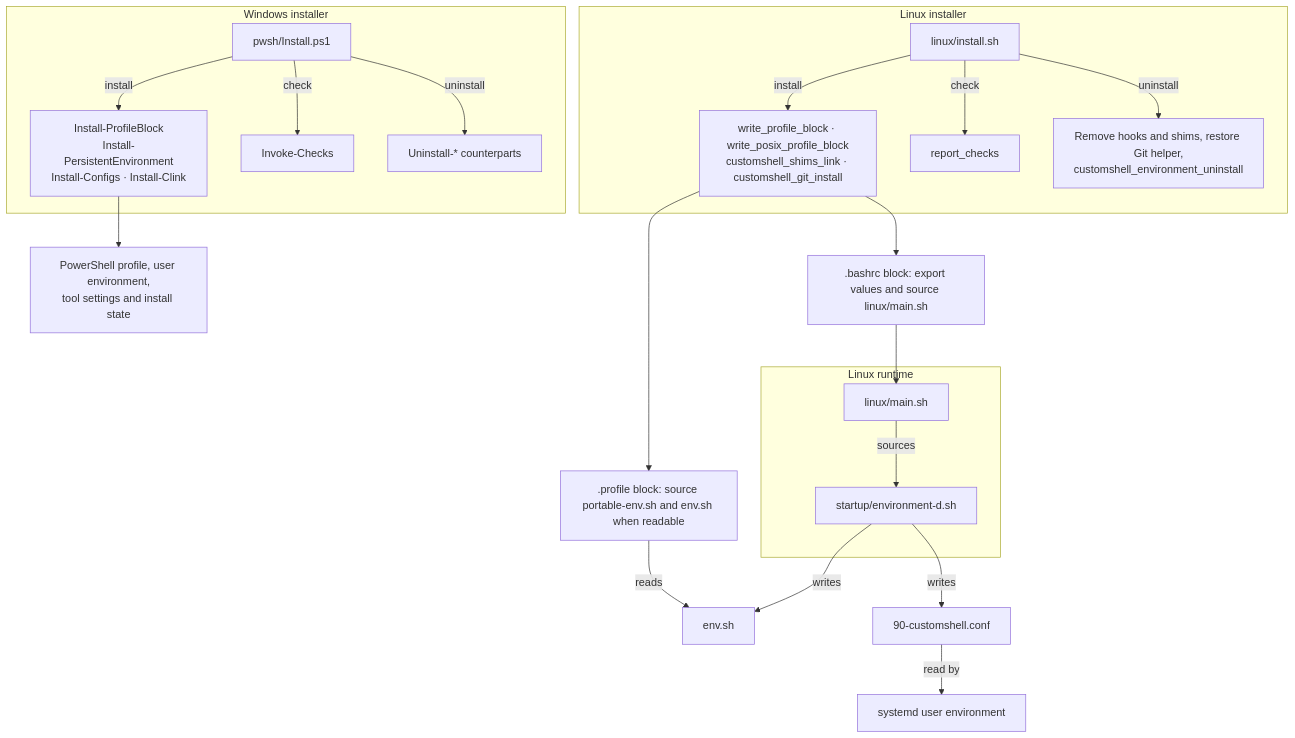
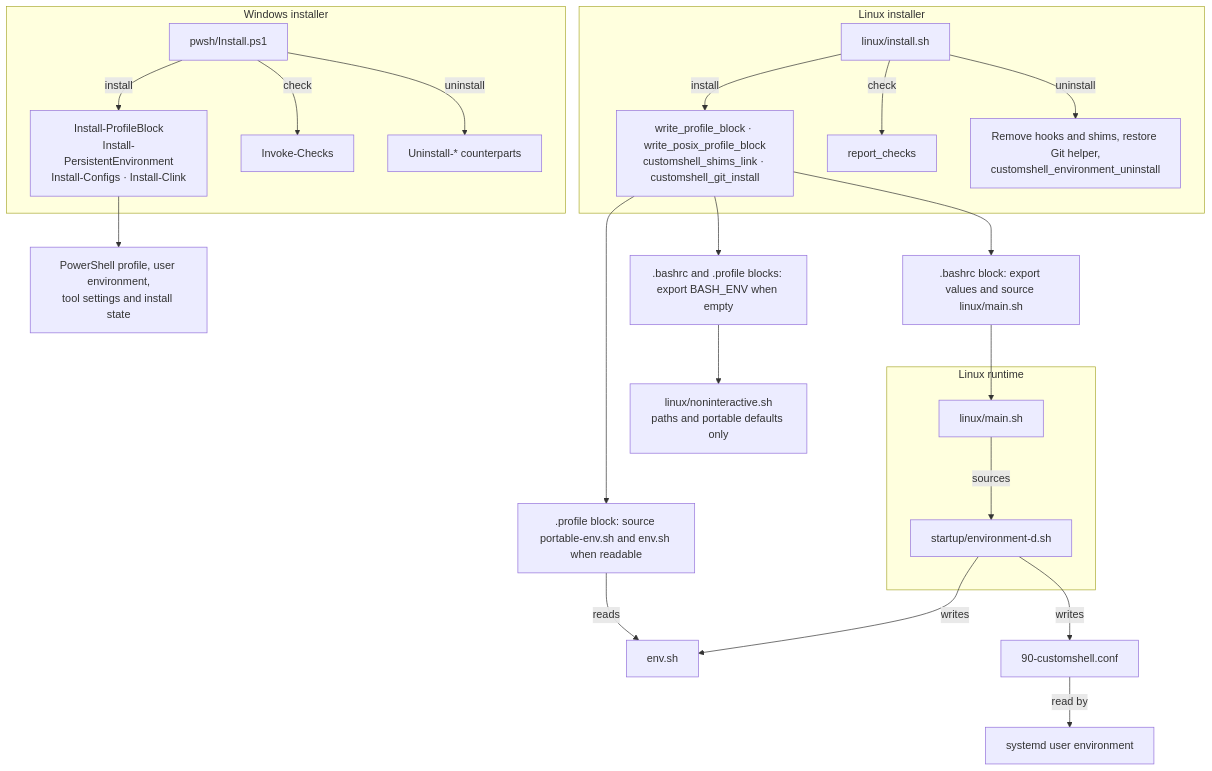
One commit to cardin/CustomShell changed the third of 6 diagrams in docs/DESIGN.md. Above: the diagram before and after it, drawn with Mermaid. The commit also changed other lines of this file and 12 other files, not shown here.

````diff
--- a/docs/DESIGN.md
+++ b/docs/DESIGN.md
@@ -68,26 +68,28 @@
 ```mermaid
 flowchart TD
     subgraph W["Windows installer"]
         WI["pwsh/Install.ps1"]
         WI -->|install| WM["Install-ProfileBlock<br/>Install-PersistentEnvironment<br/>Install-Configs · Install-Clink"]
         WI -->|check| WC["Invoke-Checks"]
         WI -->|uninstall| WU["Uninstall-* counterparts"]
     end
     WM --> WSTATE["PowerShell profile, user environment,<br/>tool settings and install state"]
     subgraph L["Linux installer"]
         LI["linux/install.sh"]
         LI -->|install| LM["write_profile_block · write_posix_profile_block<br/>customshell_shims_link · customshell_git_install"]
         LI -->|check| LC["report_checks"]
         LI -->|uninstall| LU["Remove hooks and shims, restore Git helper,<br/>customshell_environment_uninstall"]
     end
     LM --> RC[".bashrc block: export values and source linux/main.sh"]
     LM --> LP[".profile block: source portable-env.sh and env.sh when readable"]
+    LM --> LB[".bashrc and .profile blocks: export BASH_ENV when empty"]
+    LB --> NB["linux/noninteractive.sh<br/>paths and portable defaults only"]
     subgraph R["Linux runtime"]
         MAIN["linux/main.sh"] -->|sources| PUB["startup/environment-d.sh"]
     end
     RC --> MAIN
     PUB -->|writes| ENV["env.sh"]
     PUB -->|writes| CONF["90-customshell.conf"]
     LP -->|reads| ENV
     CONF -->|read by| SYSTEMD["systemd user environment"]
 ```
````
